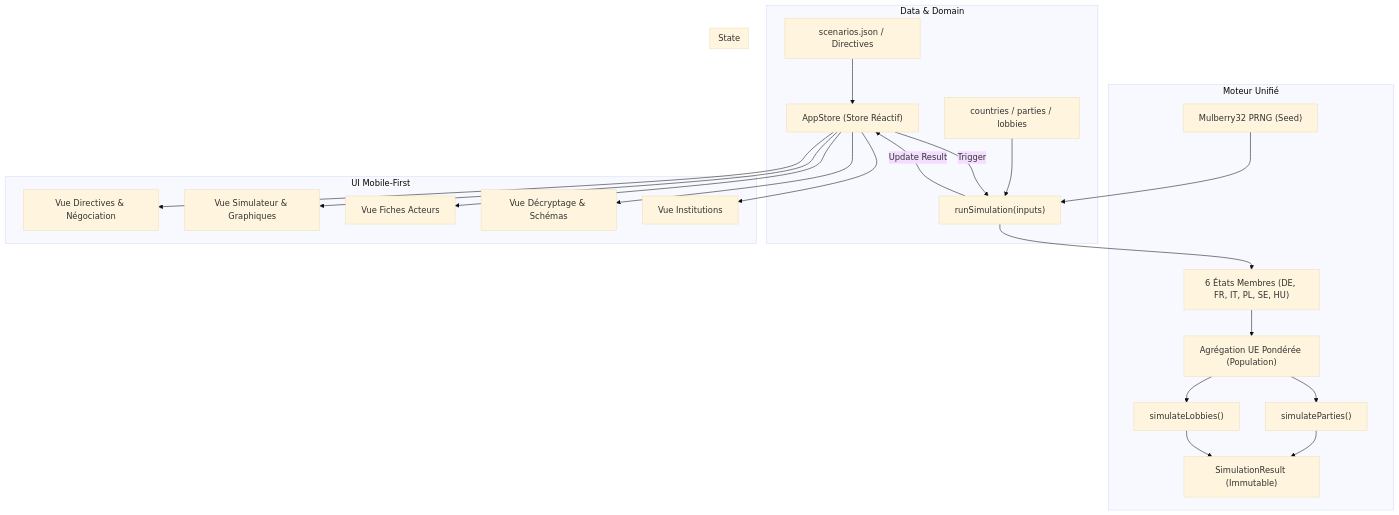
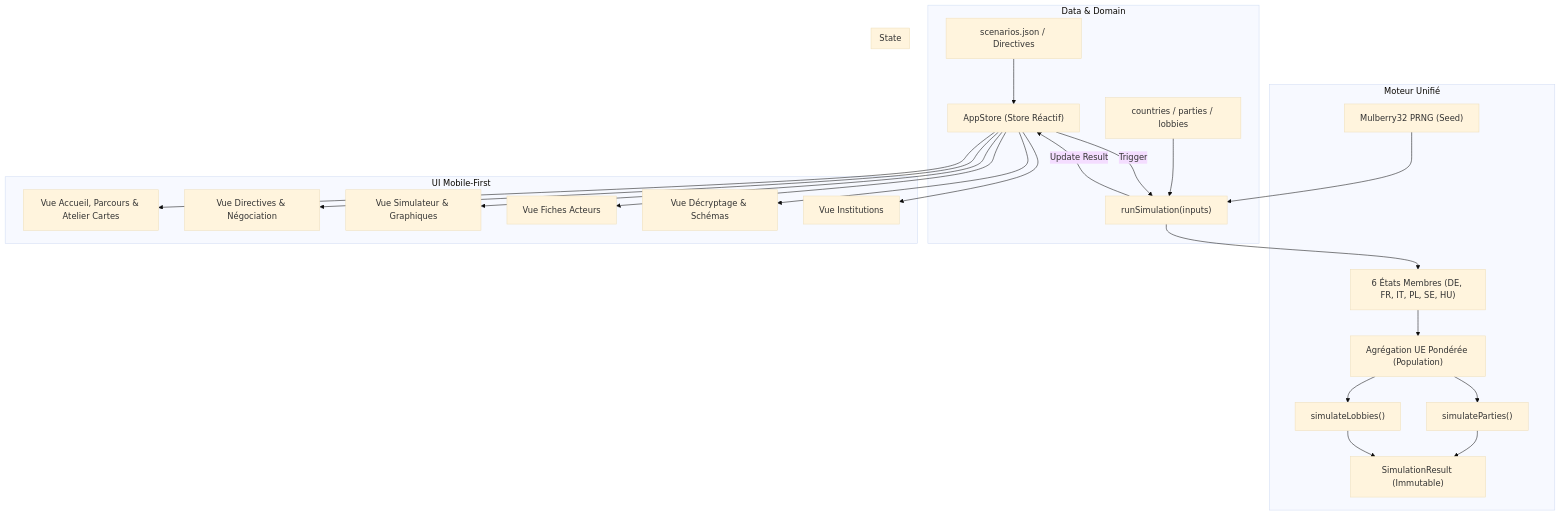
One commit to letoalan/ue-simu changed the diagram in projet2/docs/wiki/architecture_map.md. Above: the diagram before and after it, drawn with Mermaid (base theme). The commit also changed 71 other files, not shown here.

````diff
--- a/projet2/docs/wiki/architecture_map.md
+++ b/projet2/docs/wiki/architecture_map.md
@@ -5,33 +5,34 @@
 ```mermaid
 flowchart TD
     subgraph Data & Domain
         Scenarios["scenarios.json / Directives"] --> Store
         Profiles["countries / parties / lobbies"] --> Engine
     end
 
     subgraph State
         Store["AppStore (Store Réactif)"]
     end
 
     subgraph Simulation [Moteur Unifié]
         Engine["runSimulation(inputs)"]
         PRNG["Mulberry32 PRNG (Seed)"] --> Engine
         Engine --> Nations["6 États Membres (DE, FR, IT, PL, SE, HU)"]
         Nations --> Aggregation["Agrégation UE Pondérée (Population)"]
         Aggregation --> PartiesSim["simulateParties()"]
         Aggregation --> LobbiesSim["simulateLobbies()"]
         PartiesSim --> Res["SimulationResult (Immutable)"]
         LobbiesSim --> Res
     end
 
     Store -->|Trigger| Engine
     Engine -->|Update Result| Store
 
     subgraph UI Mobile-First
+        Store --> UI_Landing["Vue Accueil, Parcours & Atelier Cartes"]
         Store --> UI_Directives["Vue Directives & Négociation"]
         Store --> UI_Simulateur["Vue Simulateur & Graphiques"]
         Store --> UI_Acteurs["Vue Fiches Acteurs"]
         Store --> UI_Pedagogie["Vue Décryptage & Schémas"]
         Store --> UI_Institutions["Vue Institutions"]
     end
 ```
````
